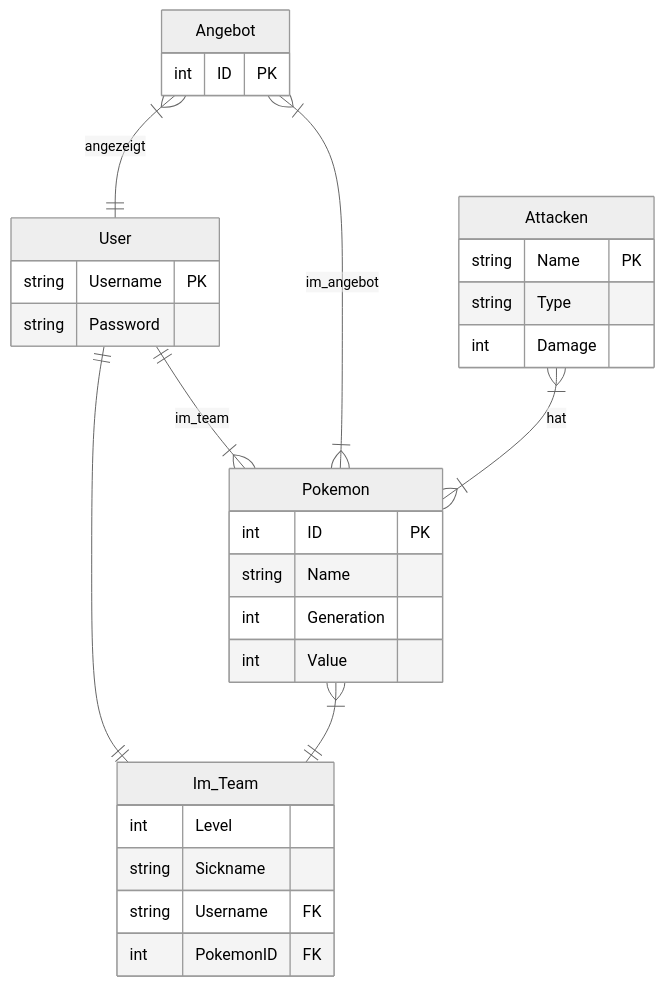
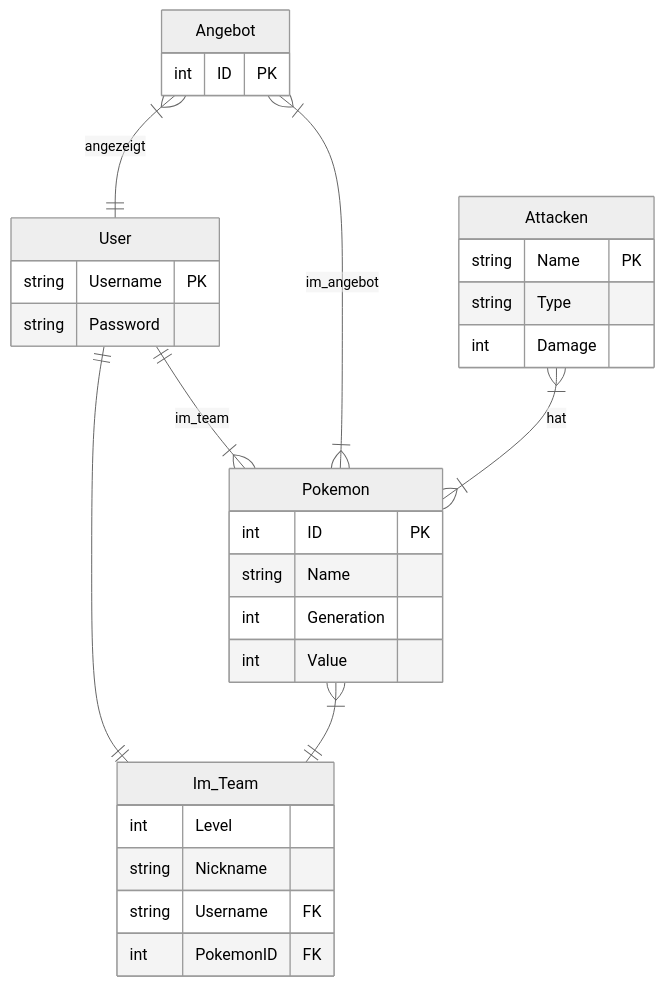
The diagram in pokemon.mmd (RadiantBlob/Sql_Project), drawn with Mermaid (neutral theme) before and after one commit.

```diff
--- a/pokemon.mmd
+++ b/pokemon.mmd
@@ -1,35 +1,35 @@
 erDiagram
     Attacken {
         string Name PK
         string Type
         int Damage
     }
     Pokemon {
         int ID PK
         string Name
         int Generation
         int Value
     }
     Angebot {
         int ID PK
     }
     User { 
         string Username PK
         string Password
     }
 
     Im_Team {
         int Level 
-        string Sickname
+        string Nickname
         string Username FK
         int PokemonID FK
     }
 
     User ||--|| Im_Team : ""
     Pokemon }|--|| Im_Team : ""
 
     User ||--|{ Pokemon : im_team
 
     Angebot }|--|| User : angezeigt
     Angebot }|--|{ Pokemon : im_angebot
     Attacken }|--|{ Pokemon : hat
```
